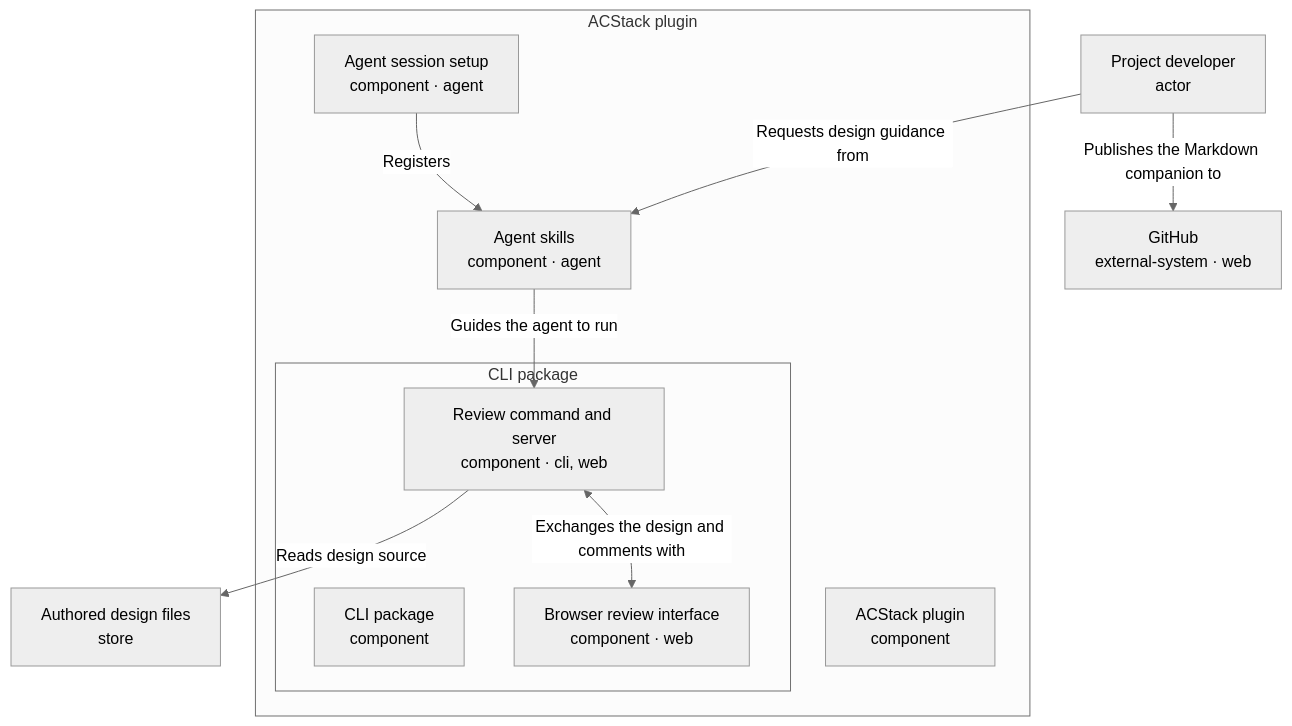
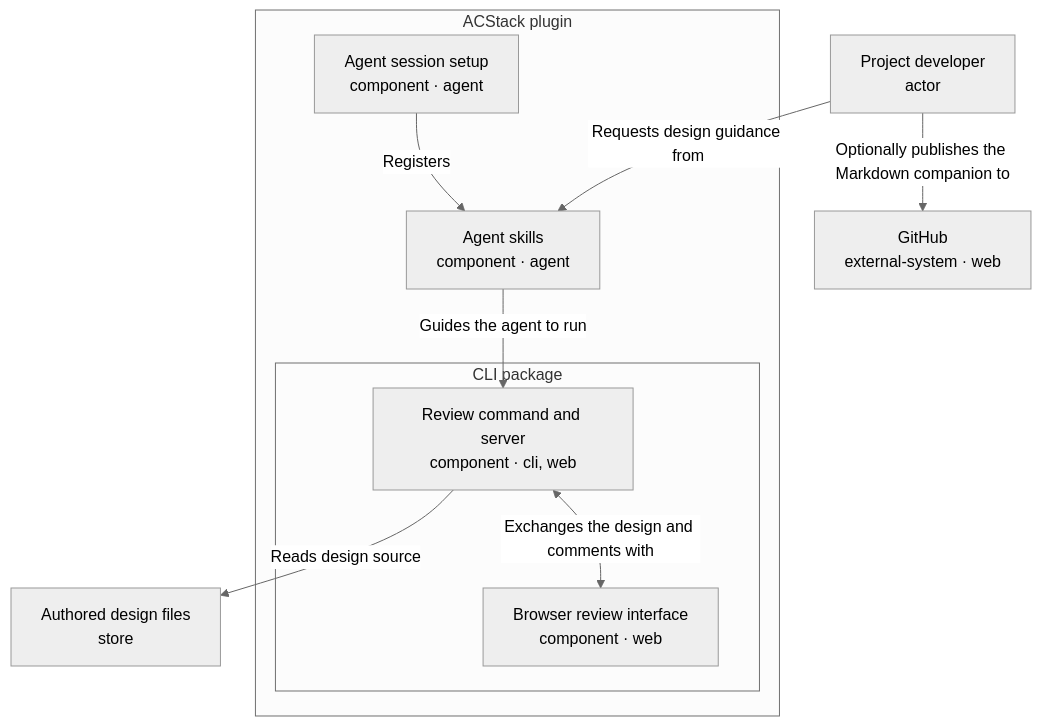
Before and after one commit to ac8318740/acstack: the diagram in examples/design-doc/acstack/README.md, drawn with Mermaid (neutral theme). The commit also changed other lines of this file and 101 other files, not shown here.

````diff
--- a/examples/design-doc/acstack/README.md
+++ b/examples/design-doc/acstack/README.md
@@ -7,22 +7,20 @@
 ```mermaid
 flowchart TD
     element_user["Project developer<br/>actor"]
-    subgraph container_acstack["ACStack plugin"]
-    element_acstack["ACStack plugin<br/>component"]
+    subgraph element_acstack["ACStack plugin"]
         element_skills["Agent skills<br/>component · agent"]
         element_host["Agent session setup<br/>component · agent"]
-        subgraph container_cli["CLI package"]
-        element_cli["CLI package<br/>component"]
+        subgraph element_cli["CLI package"]
             element_review-runtime["Review command and server<br/>component · cli, web"]
             element_viewer["Browser review interface<br/>component · web"]
         end
     end
     element_design-source["Authored design files<br/>store"]
     element_github["GitHub<br/>external-system · web"]
     element_user -->|"Requests design guidance from"| element_skills
-    element_user -->|"Publishes the Markdown companion to"| element_github
+    element_user -->|"Optionally publishes the Markdown companion to"| element_github
     element_skills -->|"Guides the agent to run"| element_review-runtime
     element_host -->|"Registers"| element_skills
     element_review-runtime -->|"Reads design source"| element_design-source
     element_review-runtime <-->|"Exchanges the design and comments with"| element_viewer
 ```
````
